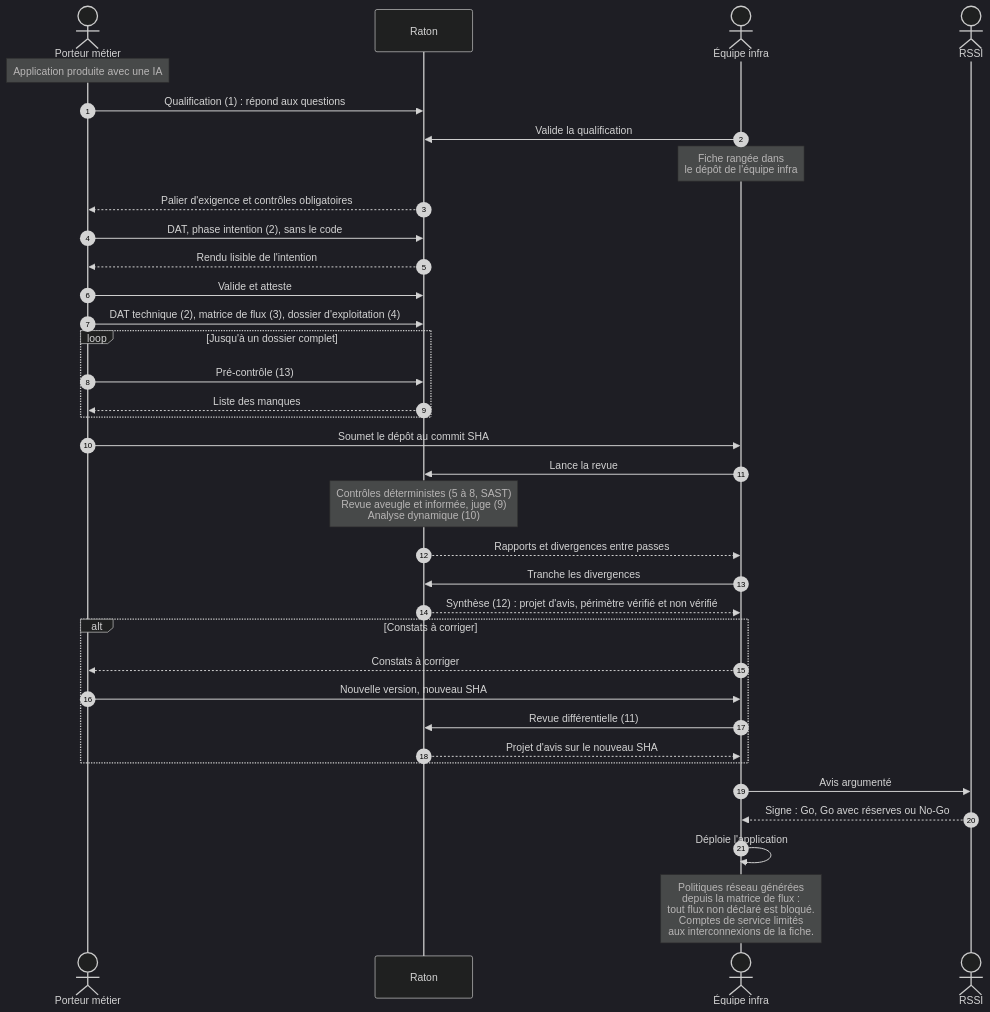
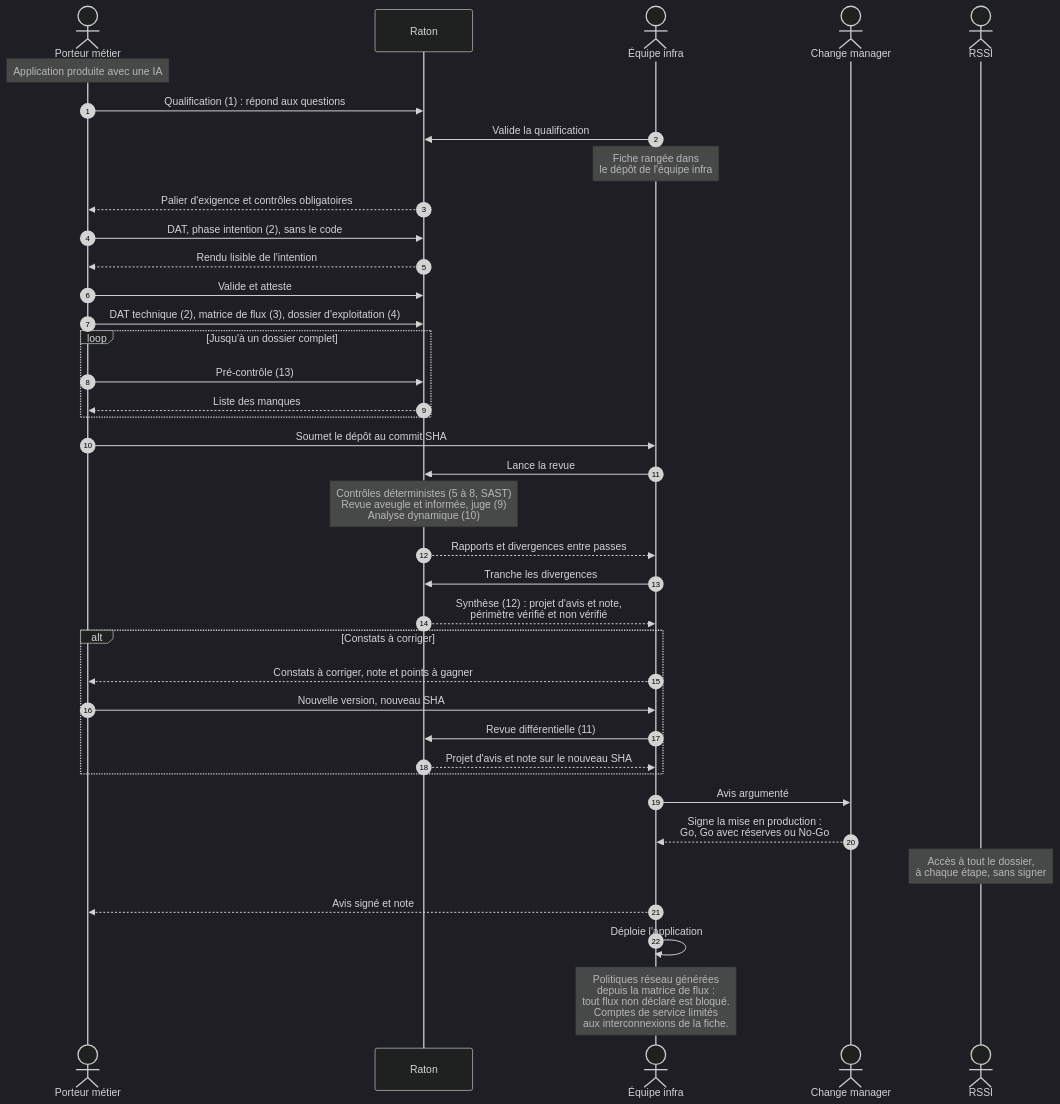
One commit to Jul0ow/Raton changed the second of 5 diagrams in docs/architecture.md. Above: the diagram before and after it, drawn with Mermaid (dark theme). The commit also changed other lines of this file and 15 other files, not shown here.

````diff
--- a/docs/architecture.md
+++ b/docs/architecture.md
@@ -53,38 +53,41 @@
 ```mermaid
 sequenceDiagram
   autonumber
   actor M as Porteur métier
   participant R as Raton
   actor E as Équipe infra
+  actor C as Change manager
   actor S as RSSI
 
   Note over M: Application produite avec une IA
   M->>R: Qualification (1) : répond aux questions
   E->>R: Valide la qualification
   Note over E: Fiche rangée dans<br/>le dépôt de l'équipe infra
   R-->>M: Palier d'exigence et contrôles obligatoires
   M->>R: DAT, phase intention (2), sans le code
   R-->>M: Rendu lisible de l'intention
   M->>R: Valide et atteste
   M->>R: DAT technique (2), matrice de flux (3), dossier d'exploitation (4)
   loop Jusqu'à un dossier complet
     M->>R: Pré-contrôle (13)
     R-->>M: Liste des manques
   end
   M->>E: Soumet le dépôt au commit SHA
   E->>R: Lance la revue
   Note over R: Contrôles déterministes (5 à 8, SAST)<br/>Revue aveugle et informée, juge (9)<br/>Analyse dynamique (10)
   R-->>E: Rapports et divergences entre passes
   E->>R: Tranche les divergences
-  R-->>E: Synthèse (12) : projet d'avis, périmètre vérifié et non vérifié
+  R-->>E: Synthèse (12) : projet d'avis et note,<br/>périmètre vérifié et non vérifié
   alt Constats à corriger
-    E-->>M: Constats à corriger
+    E-->>M: Constats à corriger, note et points à gagner
     M->>E: Nouvelle version, nouveau SHA
     E->>R: Revue différentielle (11)
-    R-->>E: Projet d'avis sur le nouveau SHA
+    R-->>E: Projet d'avis et note sur le nouveau SHA
   end
-  E->>S: Avis argumenté
-  S-->>E: Signe : Go, Go avec réserves ou No-Go
+  E->>C: Avis argumenté
+  C-->>E: Signe la mise en production :<br/>Go, Go avec réserves ou No-Go
+  Note over S: Accès à tout le dossier,<br/>à chaque étape, sans signer
+  E-->>M: Avis signé et note
   E->>E: Déploie l'application
   Note over E: Politiques réseau générées<br/>depuis la matrice de flux :<br/>tout flux non déclaré est bloqué.<br/>Comptes de service limités<br/>aux interconnexions de la fiche.
 ```
````
